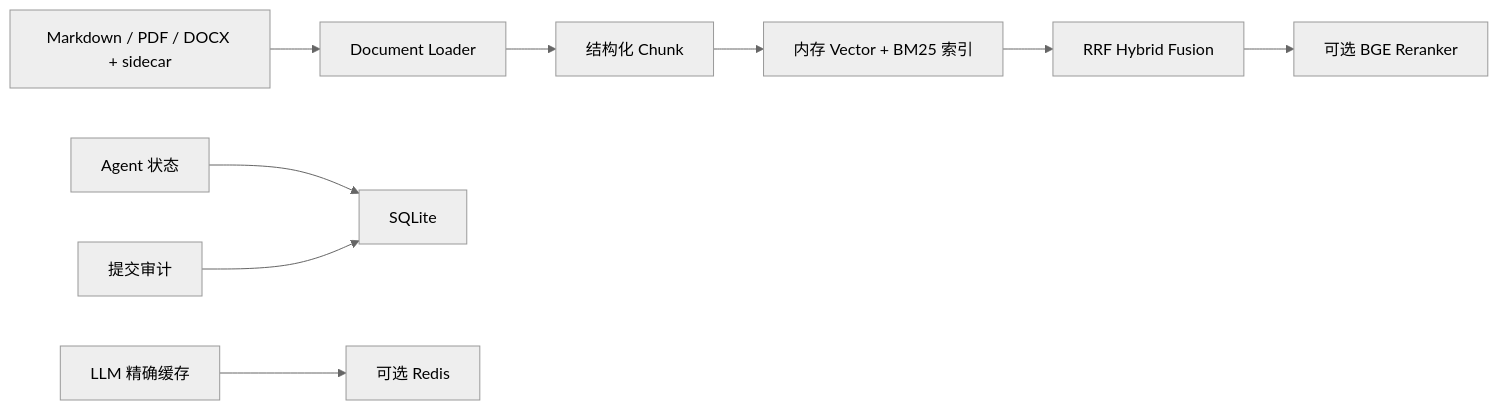
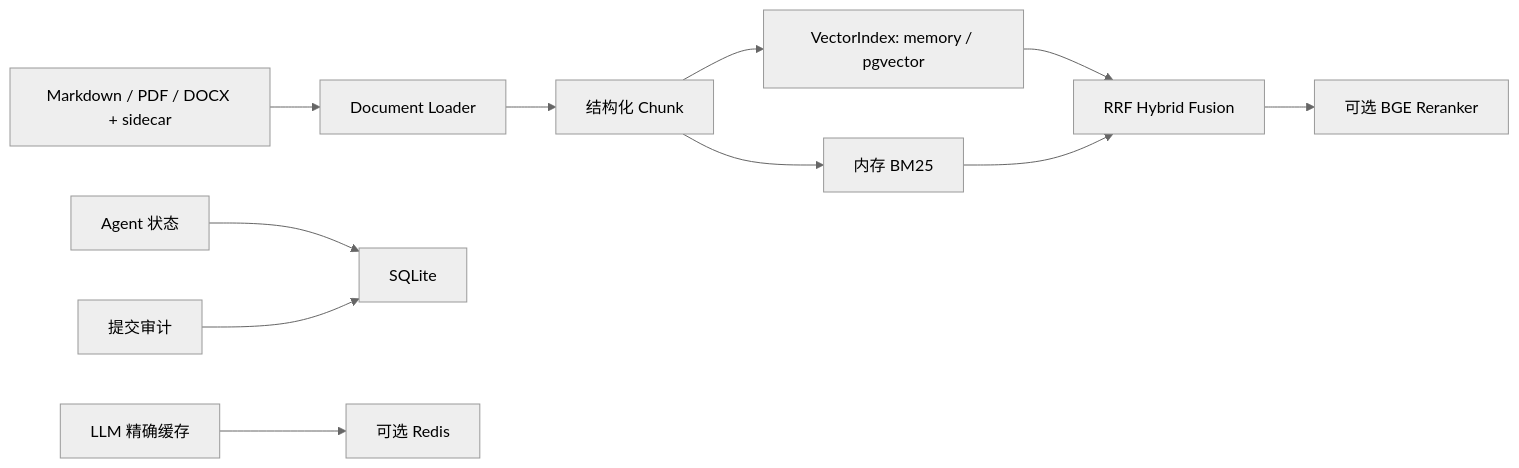
The third of 3 diagrams in docs/system_architecture.md (greyle12/enterprise-policy-agent), drawn with Mermaid (neutral theme) before and after one commit. The commit also changed other lines of this file and 38 other files, not shown here.

````diff
--- a/docs/system_architecture.md
+++ b/docs/system_architecture.md
@@ -89,11 +89,13 @@
 ```mermaid
 flowchart LR
     Policies["Markdown / PDF / DOCX + sidecar"] --> Loader["Document Loader"]
     Loader --> Chunks["结构化 Chunk"]
-    Chunks --> Index["内存 Vector + BM25 索引"]
-    Index --> Fusion["RRF Hybrid Fusion"]
+    Chunks --> Vector["VectorIndex: memory / pgvector"]
+    Chunks --> BM25["内存 BM25"]
+    Vector --> Fusion["RRF Hybrid Fusion"]
+    BM25 --> Fusion
     Fusion --> Reranker["可选 BGE Reranker"]
     AgentState["Agent 状态"] --> SQLite["SQLite"]
     Audit["提交审计"] --> SQLite
     Cache["LLM 精确缓存"] --> Redis["可选 Redis"]
 ```
````
